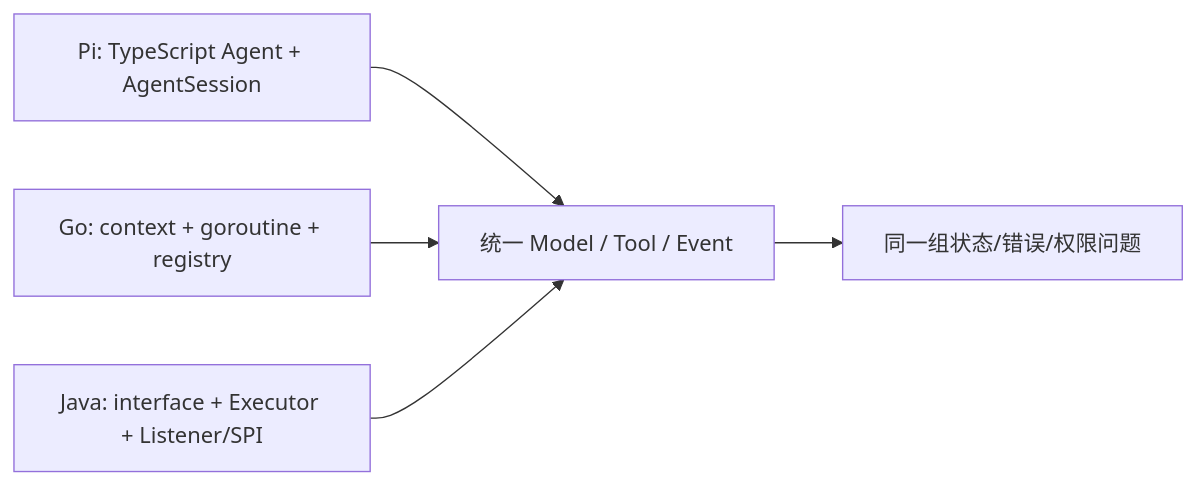
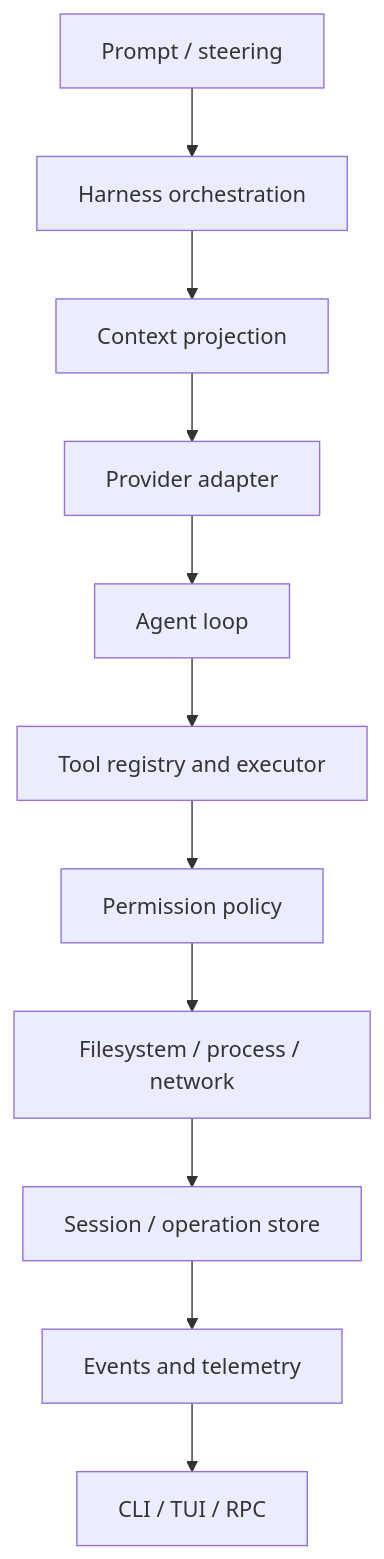
The first of 2 diagrams in ai-agent-learning/19-build-harness/comparison.mdx (coolerks/pi-lean), drawn with Mermaid before and after one commit. The commit also changed other lines of this file and 135 other files, not shown here.

````diff
--- a/ai-agent-learning/19-build-harness/comparison.mdx
+++ b/ai-agent-learning/19-build-harness/comparison.mdx
@@ -8,7 +47,13 @@
 ```mermaid
-flowchart LR
-    Pi[Pi: TypeScript Agent + AgentSession] --> Core[统一 Model / Tool / Event]
-    Go[Go: context + goroutine + registry] --> Core
-    Java[Java: interface + Executor + Listener/SPI] --> Core
-    Core --> Durable[同一组状态/错误/权限问题]
+flowchart TB
+    Input[Prompt / steering] --> Harness[Harness orchestration]
+    Harness --> Context[Context projection]
+    Context --> Model[Provider adapter]
+    Model --> Loop[Agent loop]
+    Loop --> Tool[Tool registry and executor]
+    Tool --> Policy[Permission policy]
+    Policy --> Effect[Filesystem / process / network]
+    Effect --> Store[Session / operation store]
+    Store --> Event[Events and telemetry]
+    Event --> UI[CLI / TUI / RPC]
 ```
````
